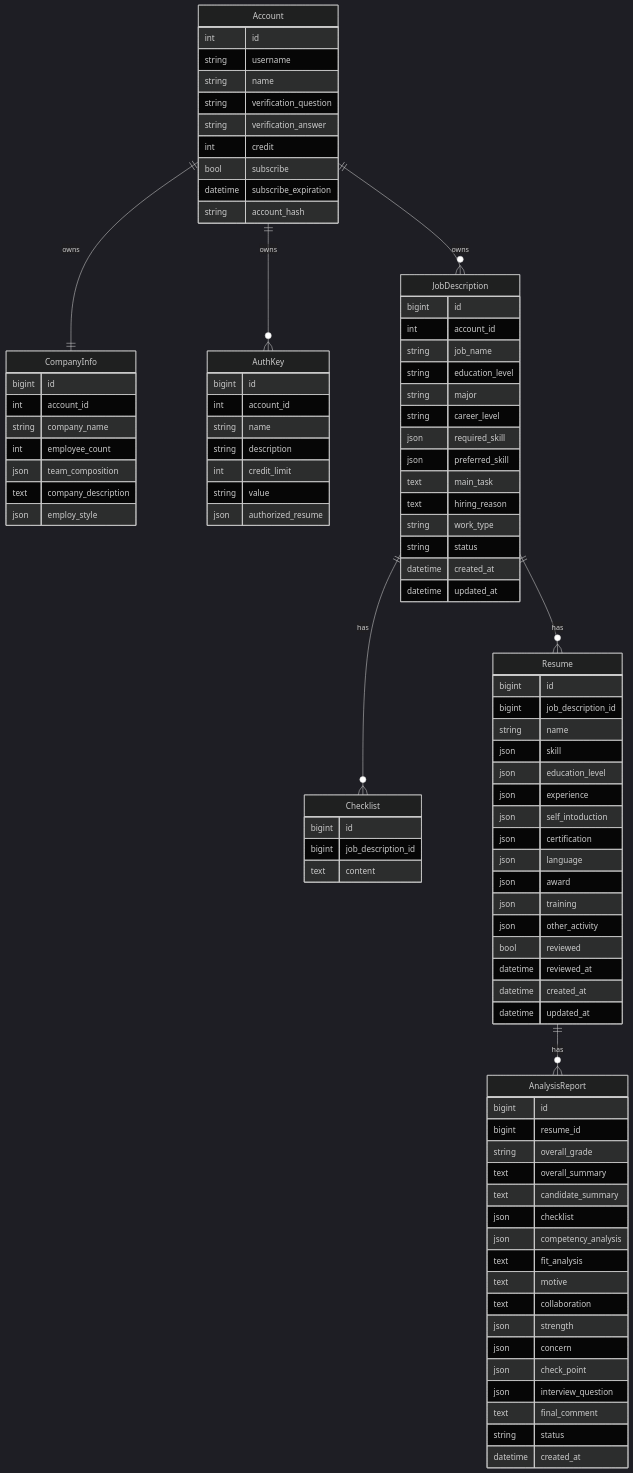
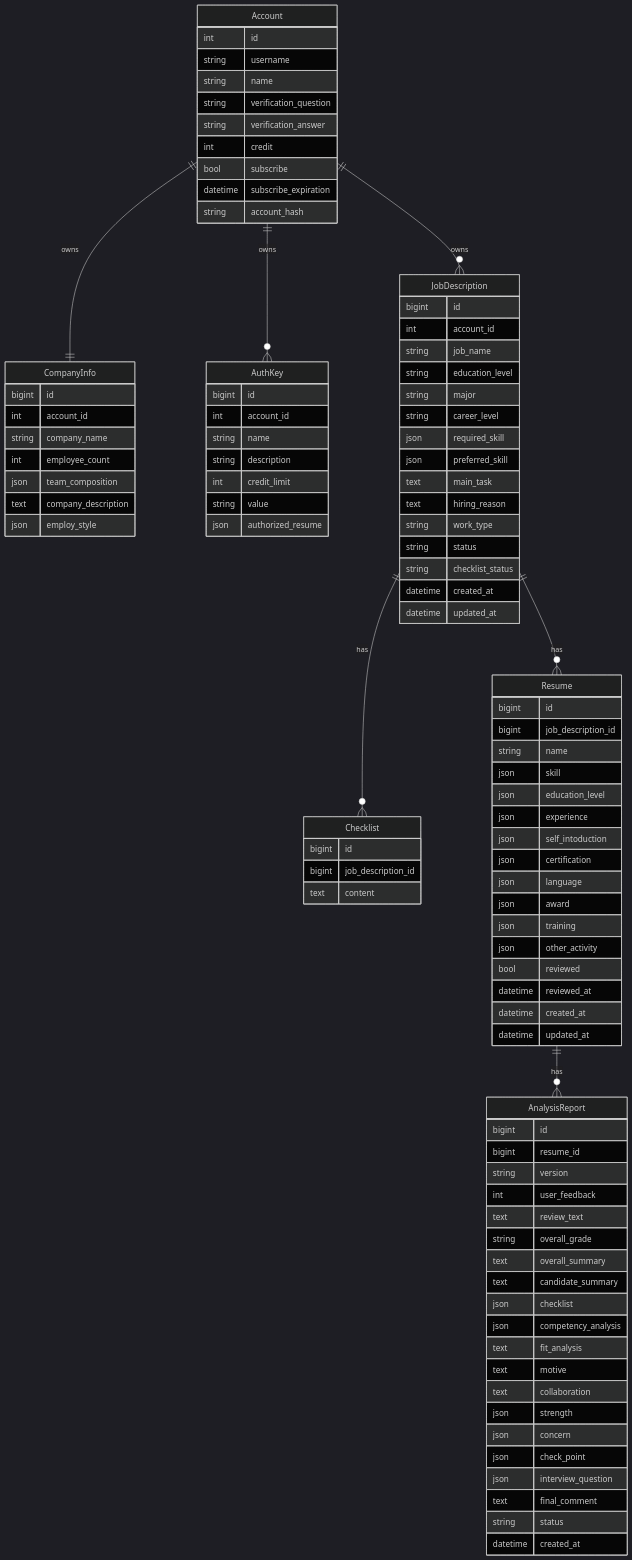
The diagram in docs/05-database/schema-and-erd.md (SKN26-Final-1st/Final_project), drawn with Mermaid (dark theme) before and after one commit.

Commit message:
docs(database): add analysis tracking fields
Extend the documented schema with checklist processing status, report versioning, user feedback, and review notes.

```diff
--- a/docs/05-database/schema-and-erd.md
+++ b/docs/05-database/schema-and-erd.md
@@ -58,6 +58,7 @@
     text hiring_reason
     string work_type
     string status
+    string checklist_status
     datetime created_at
     datetime updated_at
   }
@@ -90,6 +91,9 @@
   AnalysisReport {
     bigint id
     bigint resume_id
+    string version
+    int user_feedback
+    text review_text
     string overall_grade
     text overall_summary
     text candidate_summary
```
